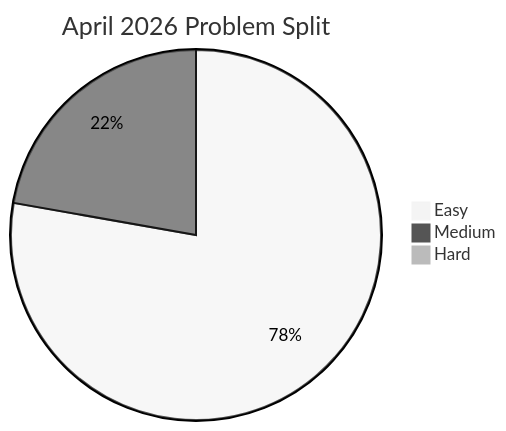
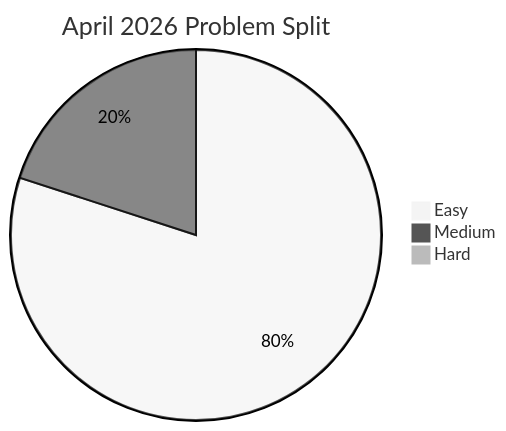
One commit to manikantbindass/Codeforces-Interview-Preparation-Journey changed the third of 4 diagrams in README.md. Above: the diagram before and after it, drawn with Mermaid (neutral theme). The commit also changed other lines of this file and 2 other files, not shown here.

Commit message:
feat(easy): add expression solutions

````diff
--- a/README.md
+++ b/README.md
@@ -412,6 +413,6 @@
 ```mermaid
 pie title April 2026 Problem Split
-    "Easy" : 7
+    "Easy" : 8
     "Medium" : 2
     "Hard" : 0
 ```
````
